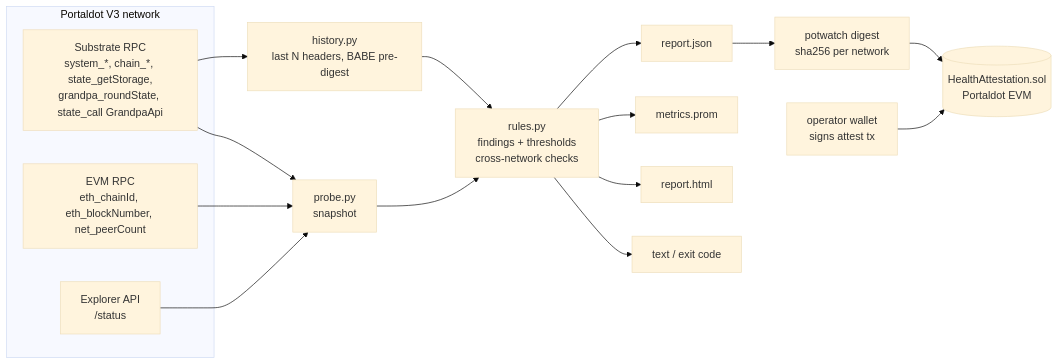
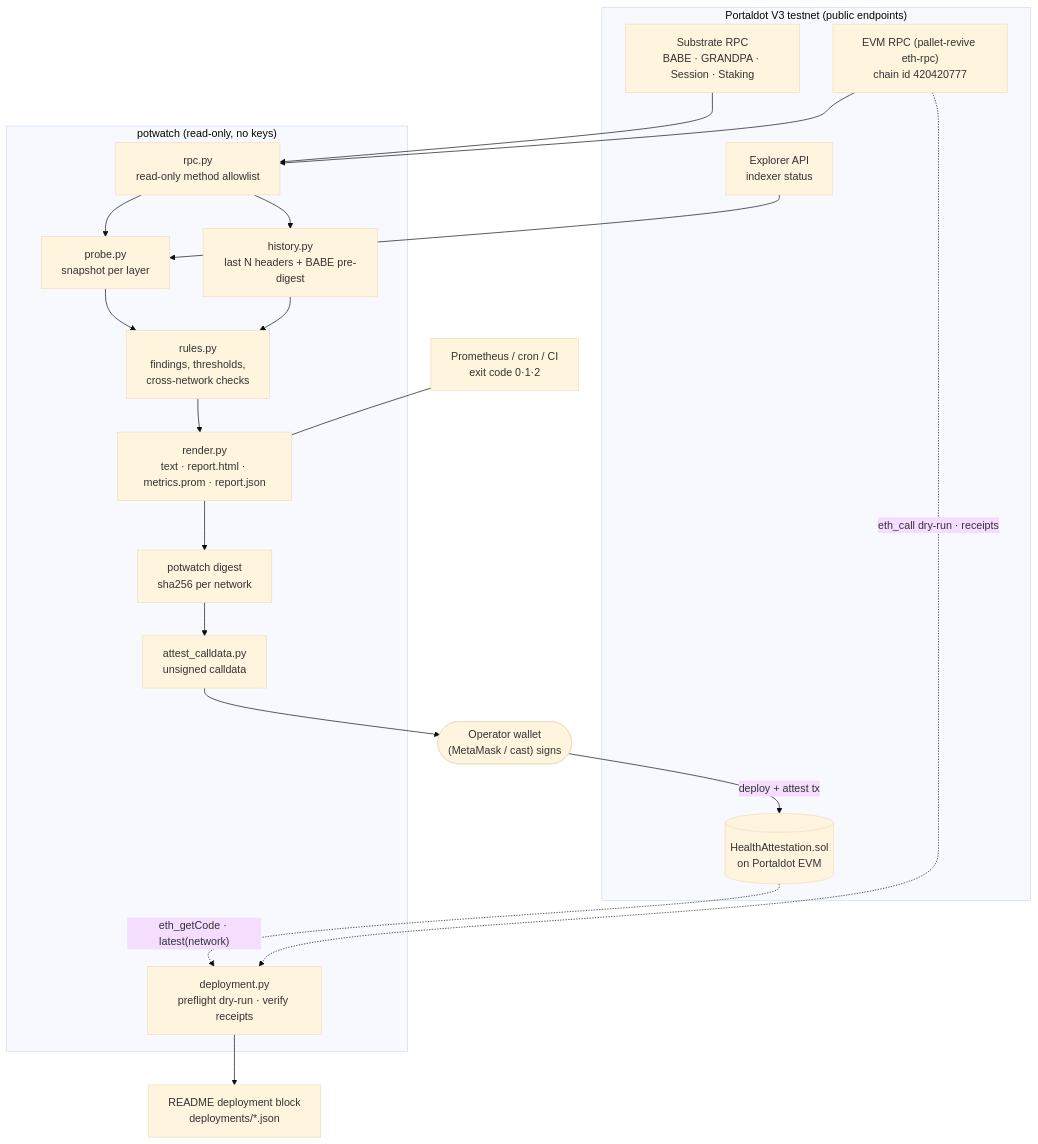
One commit to sliarsgard/potwatch changed the diagram in docs/architecture.md. Above: the diagram before and after it, drawn with Mermaid (base theme). The commit also changed other lines of this file and 12 other files, not shown here.

Commit message:
deploy tooling: read-only preflight dry-run and receipt verifier; README status, architecture diagram, testnet deployment steps

````diff
--- a/docs/architecture.md
+++ b/docs/architecture.md
@@ -3,21 +3,34 @@
 ```mermaid
-flowchart LR
-  subgraph Portaldot V3 network
-    S[Substrate RPC<br/>system_*, chain_*, state_getStorage,<br/>grandpa_roundState, state_call GrandpaApi]
-    E[EVM RPC<br/>eth_chainId, eth_blockNumber, net_peerCount]
-    X[Explorer API<br/>/status]
+flowchart TB
+  subgraph NET["Portaldot V3 testnet (public endpoints)"]
+    S["Substrate RPC<br/>BABE · GRANDPA · Session · Staking"]
+    E["EVM RPC (pallet-revive eth-rpc)<br/>chain id 420420777"]
+    X["Explorer API<br/>indexer status"]
+    C[("HealthAttestation.sol<br/>on Portaldot EVM")]
   end
-  S --> P[probe.py<br/>snapshot]
-  E --> P
+  subgraph PW["potwatch (read-only, no keys)"]
+    RPC["rpc.py<br/>read-only method allowlist"]
+    P["probe.py<br/>snapshot per layer"]
+    H["history.py<br/>last N headers + BABE pre-digest"]
+    R["rules.py<br/>findings, thresholds,<br/>cross-network checks"]
+    O["render.py<br/>text · report.html · metrics.prom · report.json"]
+    D["potwatch digest<br/>sha256 per network"]
+    A["attest_calldata.py<br/>unsigned calldata"]
+    V["deployment.py<br/>preflight dry-run · verify receipts"]
+  end
+  OP(["Operator wallet<br/>(MetaMask / cast) signs"])
+  S --> RPC
+  E --> RPC
   X --> P
-  S --> H[history.py<br/>last N headers, BABE pre-digest]
-  P --> R[rules.py<br/>findings + thresholds<br/>cross-network checks]
+  RPC --> P
+  RPC --> H
+  P --> R
   H --> R
-  R --> O1[text / exit code]
-  R --> O2[report.html]
-  R --> O3[metrics.prom]
-  R --> O4[report.json]
-  O4 --> D[potwatch digest<br/>sha256 per network]
-  D --> C[(HealthAttestation.sol<br/>Portaldot EVM)]
-  W[operator wallet<br/>signs attest tx] --> C
+  R --> O
+  O --> D --> A --> OP
+  OP -- "deploy + attest tx" --> C
+  C -. "eth_getCode · latest(network)" .-> V
+  E -. "eth_call dry-run · receipts" .-> V
+  V --> Rd["README deployment block<br/>deployments/*.json"]
+  Obs["Prometheus / cron / CI<br/>exit code 0·1·2"] --- O
 ```
````
